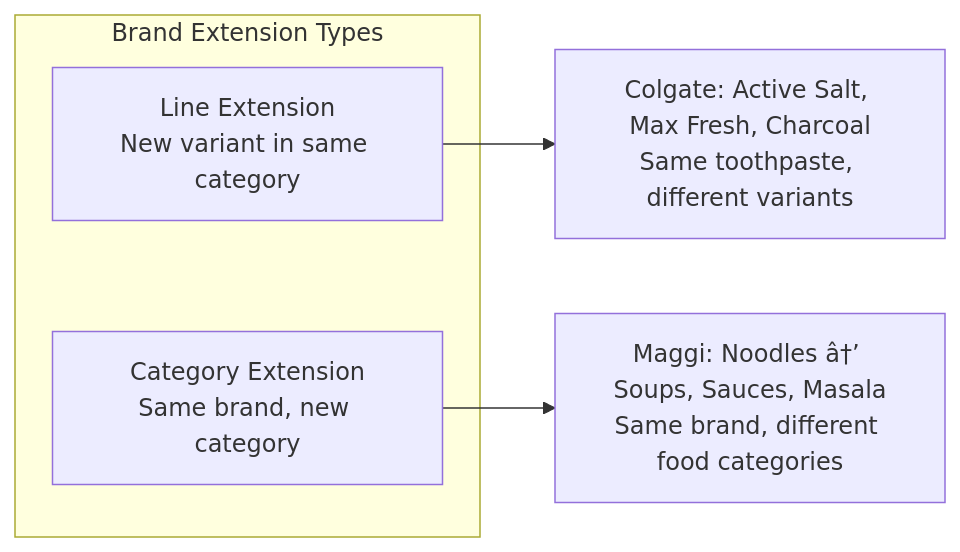
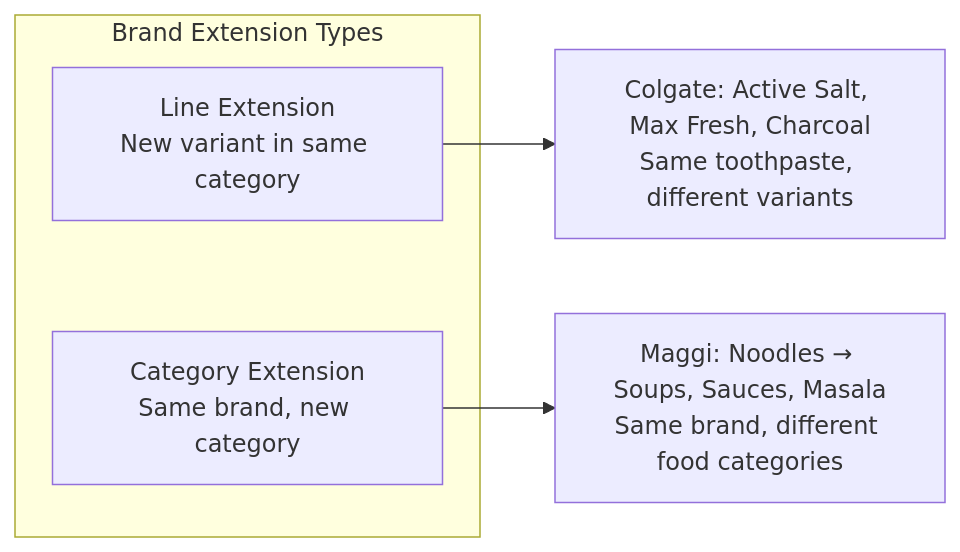
Before and after one commit to Raushan666java/ai-engineering-journey: the second of 7 diagrams in docs/courses/marketing-aptitude/03-brand-management-digital.md, drawn with Mermaid. The commit also changed other lines of this file and 965 other files, not shown here.

````diff
--- a/docs/courses/marketing-aptitude/03-brand-management-digital.md
+++ b/docs/courses/marketing-aptitude/03-brand-management-digital.md
@@ -118,9 +118,9 @@
 ```mermaid
 graph LR
     subgraph "Brand Extension Types"
         L[Line Extension<br/>New variant in same category]
         C[Category Extension<br/>Same brand, new category]
     end
     L --> E1[Colgate: Active Salt, Max Fresh, Charcoal<br/>Same toothpaste, different variants]
-    C --> E2[Maggi: Noodles â†’ Soups, Sauces, Masala<br/>Same brand, different food categories]
+    C --> E2[Maggi: Noodles → Soups, Sauces, Masala<br/>Same brand, different food categories]
 ```
````
